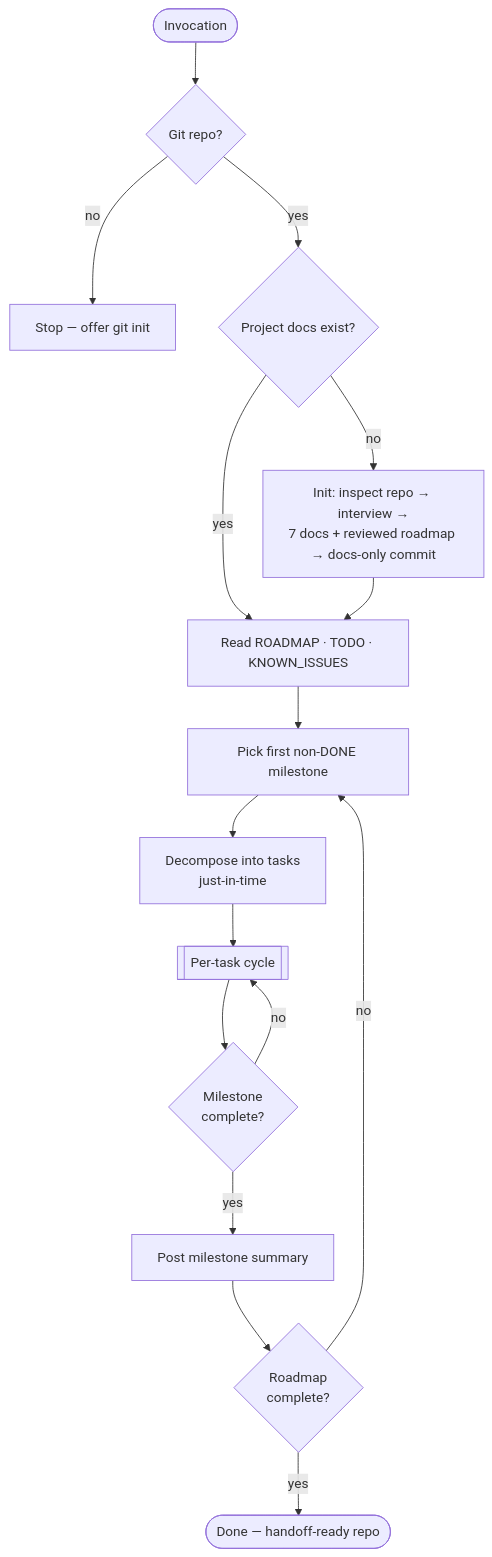
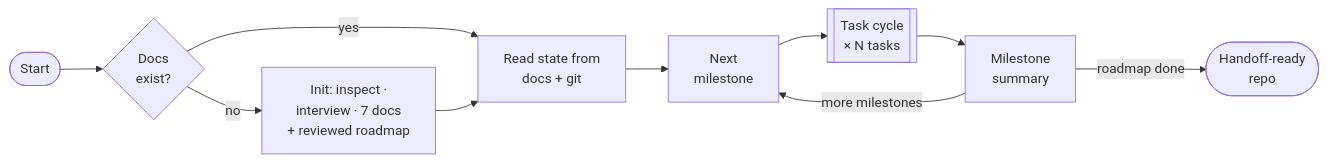
The first of 3 diagrams in README.md (lkntfnd/fr78-skill), drawn with Mermaid before and after one commit. The commit also changed other lines of this file and 4 other files, not shown here.

````diff
--- a/README.md
+++ b/README.md
@@ -11,18 +11,12 @@
 ```mermaid
-flowchart TD
-    A([Invocation]) --> B{Git repo?}
-    B -- no --> B1[Stop — offer git init]
-    B -- yes --> C{Project docs exist?}
-    C -- no --> D["Init: inspect repo → interview →<br/>7 docs + reviewed roadmap → docs-only commit"]
-    C -- yes --> E[Read ROADMAP · TODO · KNOWN_ISSUES]
-    D --> E
-    E --> F[Pick first non-DONE milestone]
-    F --> G[Decompose into tasks<br/>just-in-time]
-    G --> H[[Per-task cycle]]
-    H --> I{Milestone<br/>complete?}
-    I -- no --> H
-    I -- yes --> J[Post milestone summary]
-    J --> K{Roadmap<br/>complete?}
-    K -- no --> F
-    K -- yes --> L([Done — handoff-ready repo])
+flowchart LR
+    A([Start]) --> B{Docs<br/>exist?}
+    B -- no --> C["Init: inspect ·<br/>interview · 7 docs<br/>+ reviewed roadmap"]
+    B -- yes --> D["Read state from<br/>docs + git"]
+    C --> D
+    D --> E["Next<br/>milestone"]
+    E --> F[["Task cycle<br/>× N tasks"]]
+    F --> G["Milestone<br/>summary"]
+    G -- more milestones --> E
+    G -- roadmap done --> H([Handoff-ready<br/>repo])
 ```
````
